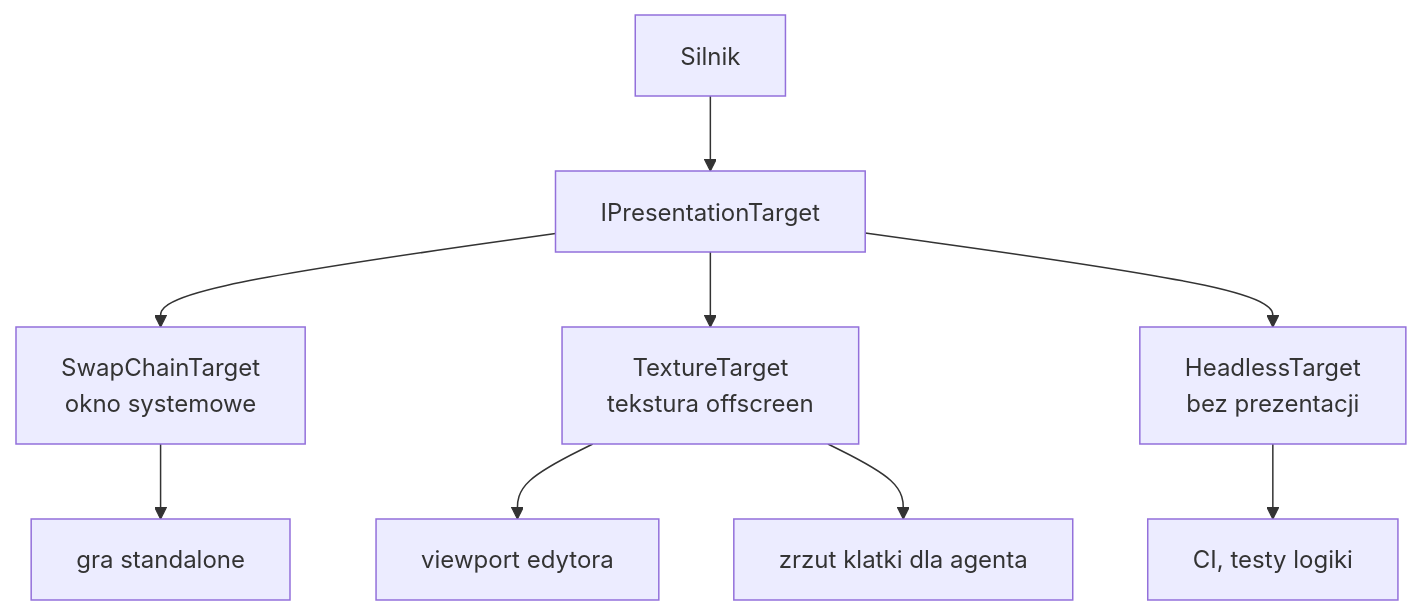
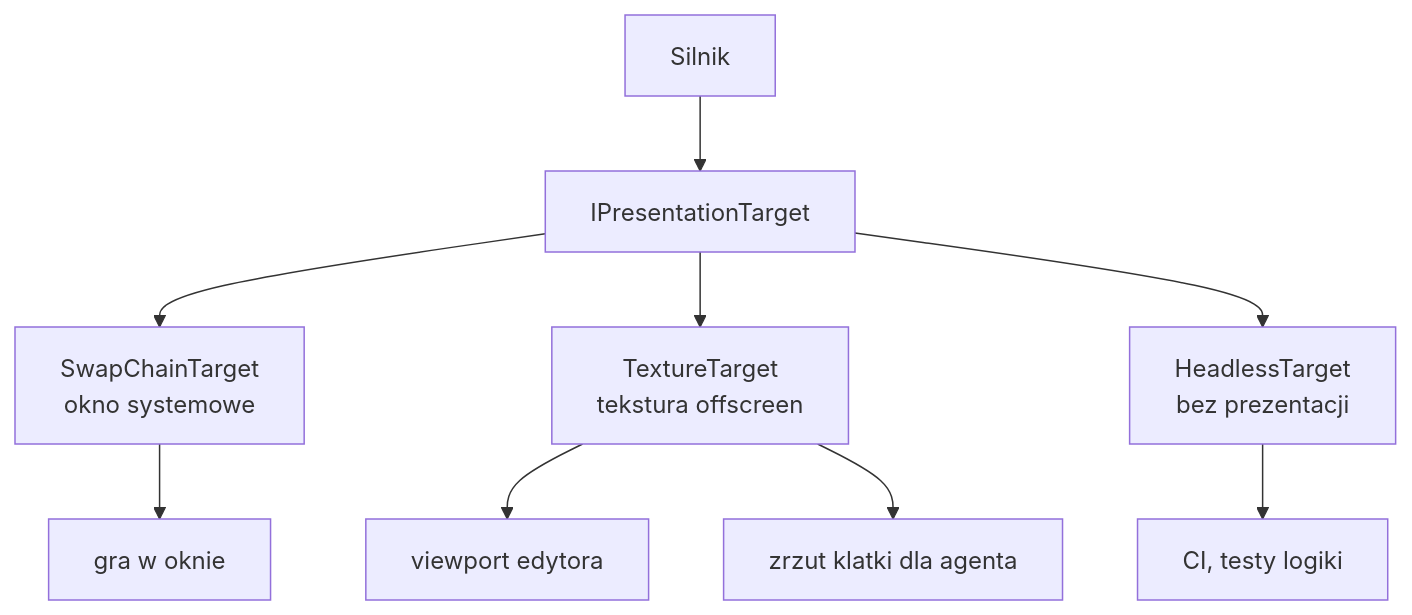
One commit to eXoz00rd/HEngine changed the fifth of 11 diagrams in docs/TARGET_ARCHITECTURE.md. Above: the diagram before and after it, drawn with Mermaid. The commit also changed other lines of this file and 1 other file, not shown here.

Commit message:
Refocus the target architecture document on the target state (#4)

````diff
--- a/docs/TARGET_ARCHITECTURE.md
+++ b/docs/TARGET_ARCHITECTURE.md
@@ -216,13 +400,13 @@
 ```mermaid
 flowchart TD
     ENG["Silnik"] --> ITGT["IPresentationTarget"]
 
     ITGT --> SWAP["SwapChainTarget<br/>okno systemowe"]
     ITGT --> TEX["TextureTarget<br/>tekstura offscreen"]
     ITGT --> NUL["HeadlessTarget<br/>bez prezentacji"]
 
-    SWAP --> U1["gra standalone"]
+    SWAP --> U1["gra w oknie"]
     TEX --> U2["viewport edytora"]
     TEX --> U3["zrzut klatki dla agenta"]
     NUL --> U4["CI, testy logiki"]
 ```
````
